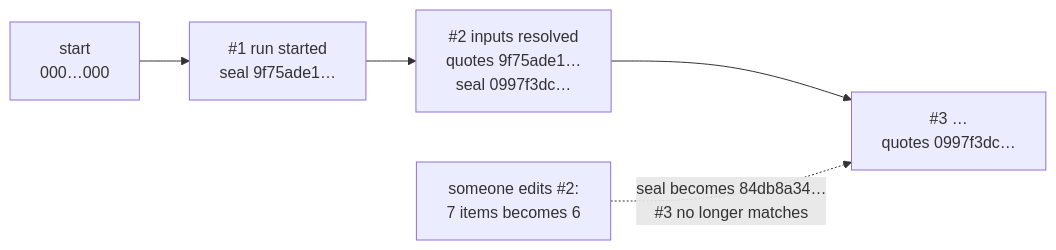
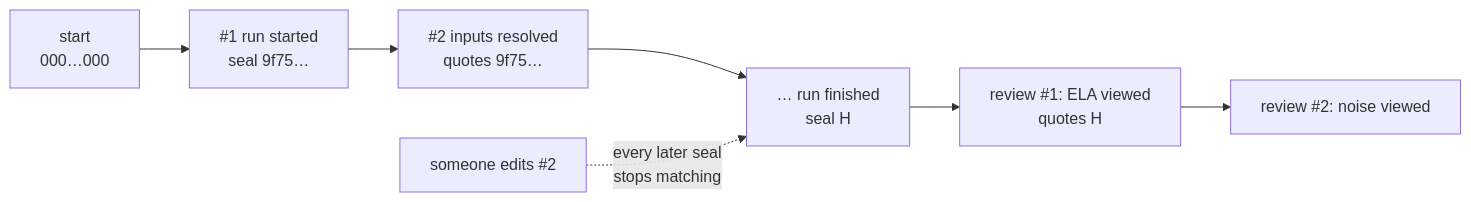
One commit to Panacota96/rv-imgauth changed the second of 5 diagrams in docs/theory.md. Above: the diagram before and after it, drawn with Mermaid. The commit also changed other lines of this file and 17 other files, not shown here.

````diff
--- a/docs/theory.md
+++ b/docs/theory.md
@@ -186,7 +267,9 @@
 ```mermaid
 flowchart LR
-    G["start<br/>000…000"] --> E1["#1 run started<br/>seal 9f75ade1…"]
-    E1 --> E2["#2 inputs resolved<br/>quotes 9f75ade1…<br/>seal 0997f3dc…"]
-    E2 --> E3["#3 …<br/>quotes 0997f3dc…"]
-    X["someone edits #2:<br/>7 items becomes 6"] -.->|seal becomes 84db8a34…<br/>#3 no longer matches| E3
+    G["start<br/>000…000"] --> E1["#1 run started<br/>seal 9f75…"]
+    E1 --> E2["#2 inputs resolved<br/>quotes 9f75…"]
+    E2 --> EN["… run finished<br/>seal H"]
+    EN --> R1["review #1: ELA viewed<br/>quotes H"]
+    R1 --> R2["review #2: noise viewed"]
+    X["someone edits #2"] -.->|every later seal<br/>stops matching| EN
 ```
````
